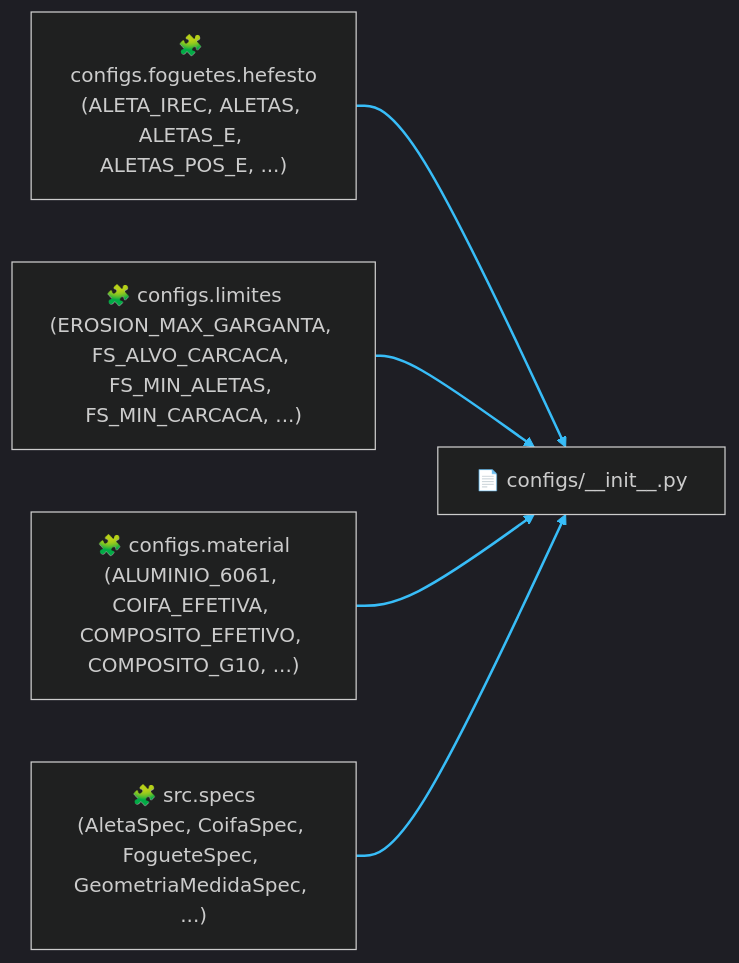
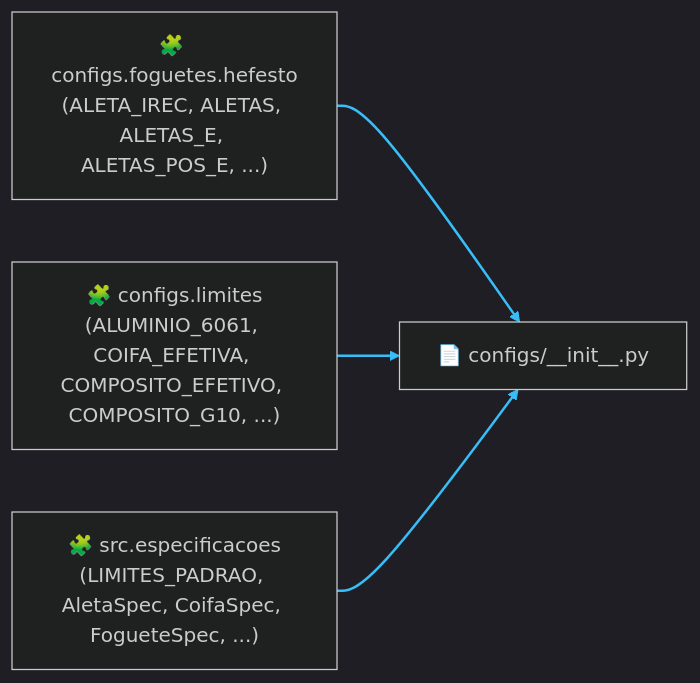
Before and after one commit to Supernova-Sim/Simulator-GUI-Python: the diagram in docs/arquitetura/_gerados_c4/configs.c4.md, drawn with Mermaid. The commit also changed other lines of this file and 130 other files, not shown here.

````diff
--- a/docs/arquitetura/_gerados_c4/configs.c4.md
+++ b/docs/arquitetura/_gerados_c4/configs.c4.md
@@ -25,14 +24,12 @@
 ```mermaid
 %%{init: {'theme': 'dark', 'themeVariables': { 'lineColor': '#38bdf8' }}}%%
 flowchart LR
     MOD["📄 configs/__init__.py"]
     INT_0["🧩 configs.foguetes.hefesto\n(ALETA_IREC, ALETAS, ALETAS_E, ALETAS_POS_E, ...)"] --> MOD
     click INT_0 href "configs__foguetes__hefesto.c4.md" "Abrir C4 de configs.foguetes.hefesto"
-    INT_1["🧩 configs.limites\n(EROSION_MAX_GARGANTA, FS_ALVO_CARCACA, FS_MIN_ALETAS, FS_MIN_CARCACA, ...)"] --> MOD
+    INT_1["🧩 configs.limites\n(ALUMINIO_6061, COIFA_EFETIVA, COMPOSITO_EFETIVO, COMPOSITO_G10, ...)"] --> MOD
     click INT_1 href "configs__limites.c4.md" "Abrir C4 de configs.limites"
-    INT_2["🧩 configs.material\n(ALUMINIO_6061, COIFA_EFETIVA, COMPOSITO_EFETIVO, COMPOSITO_G10, ...)"] --> MOD
-    click INT_2 href "configs__material.c4.md" "Abrir C4 de configs.material"
-    INT_3["🧩 src.specs\n(AletaSpec, CoifaSpec, FogueteSpec, GeometriaMedidaSpec, ...)"] --> MOD
-    click INT_3 href "src__specs.c4.md" "Abrir C4 de src.specs"
+    INT_2["🧩 src.especificacoes\n(LIMITES_PADRAO, AletaSpec, CoifaSpec, FogueteSpec, ...)"] --> MOD
+    click INT_2 href "src__especificacoes.c4.md" "Abrir C4 de src.especificacoes"
     linkStyle default stroke:#38bdf8,stroke-width:2px;
 ```
````
